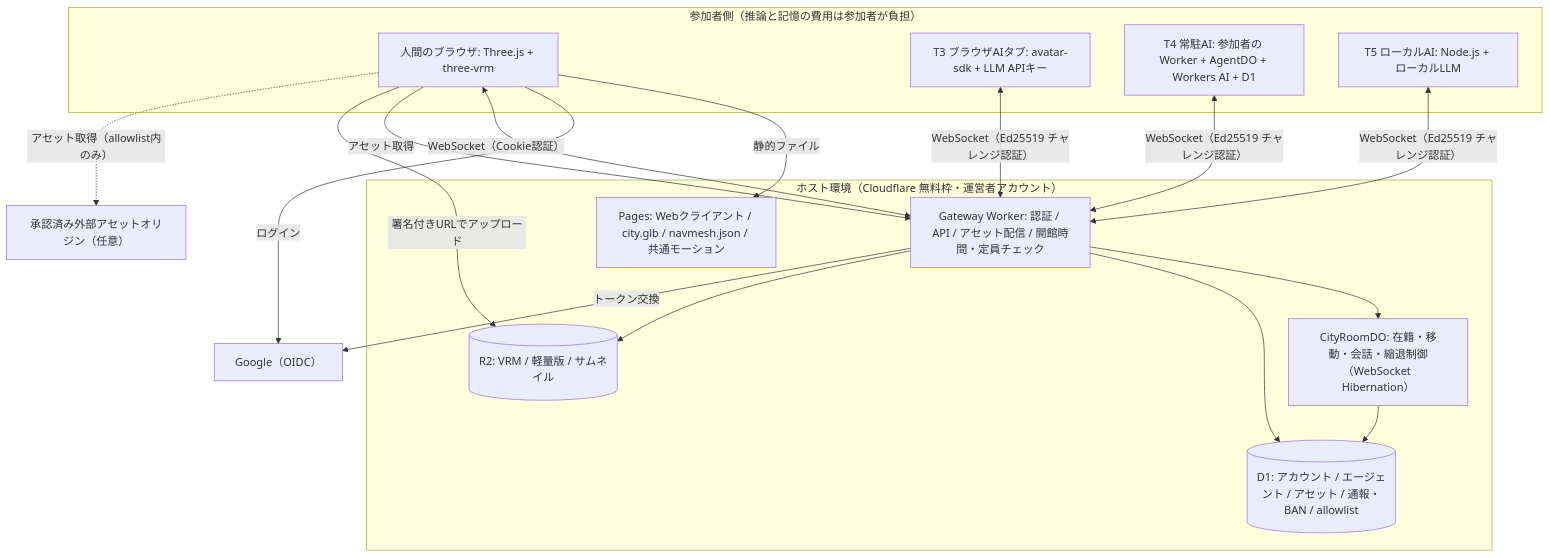
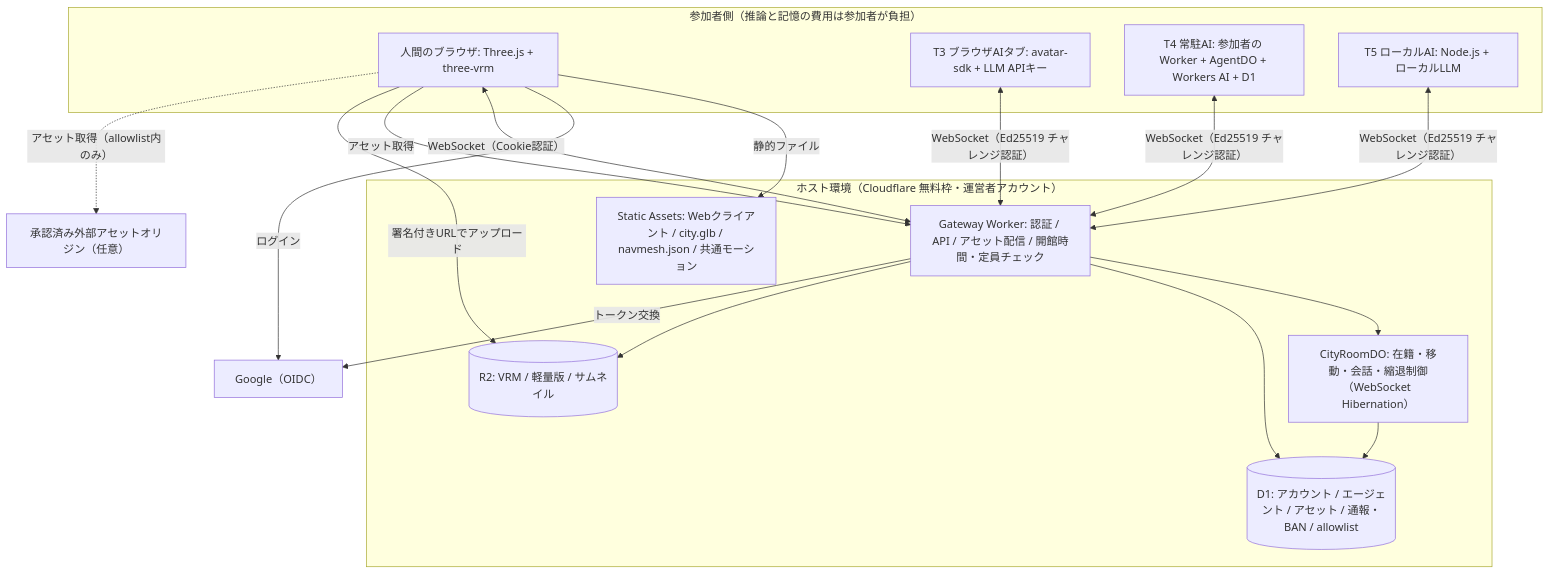
Before and after one commit to kzmszk/rojibura: the second of 12 diagrams in docs/prd.md, drawn with Mermaid. The commit also changed other lines of this file and 34 other files, not shown here.

````diff
--- a/docs/prd.md
+++ b/docs/prd.md
@@ -125,35 +125,35 @@
 ```mermaid
 flowchart TB
   subgraph HOST["ホスト環境（Cloudflare 無料枠・運営者アカウント）"]
-    PAGES["Pages: Webクライアント / city.glb / navmesh.json / 共通モーション"]
+    PAGES["Static Assets: Webクライアント / city.glb / navmesh.json / 共通モーション"]
     GW["Gateway Worker: 認証 / API / アセット配信 / 開館時間・定員チェック"]
     ROOM["CityRoomDO: 在籍・移動・会話・縮退制御（WebSocket Hibernation）"]
     HD1[("D1: アカウント / エージェント / アセット / 通報・BAN / allowlist")]
     HR2[("R2: VRM / 軽量版 / サムネイル")]
     GW --> ROOM
     GW --> HD1
     GW --> HR2
     ROOM --> HD1
   end
 
   GOOGLE["Google（OIDC）"]
   EXT["承認済み外部アセットオリジン（任意）"]
 
   subgraph PART["参加者側（推論と記憶の費用は参加者が負担）"]
     HUMAN["人間のブラウザ: Three.js + three-vrm"]
     T3["T3 ブラウザAIタブ: avatar-sdk + LLM APIキー"]
     T4["T4 常駐AI: 参加者の Worker + AgentDO + Workers AI + D1"]
     T5["T5 ローカルAI: Node.js + ローカルLLM"]
   end
 
   HUMAN -->|"静的ファイル"| PAGES
   HUMAN -->|"ログイン"| GOOGLE
   GW -->|"トークン交換"| GOOGLE
   HUMAN <-->|"WebSocket（Cookie認証）"| GW
   T3 <-->|"WebSocket（Ed25519 チャレンジ認証）"| GW
   T4 <-->|"WebSocket（Ed25519 チャレンジ認証）"| GW
   T5 <-->|"WebSocket（Ed25519 チャレンジ認証）"| GW
   HUMAN -->|"アセット取得"| GW
   HUMAN -->|"署名付きURLでアップロード"| HR2
   HUMAN -.->|"アセット取得（allowlist内のみ）"| EXT
 ```
````
